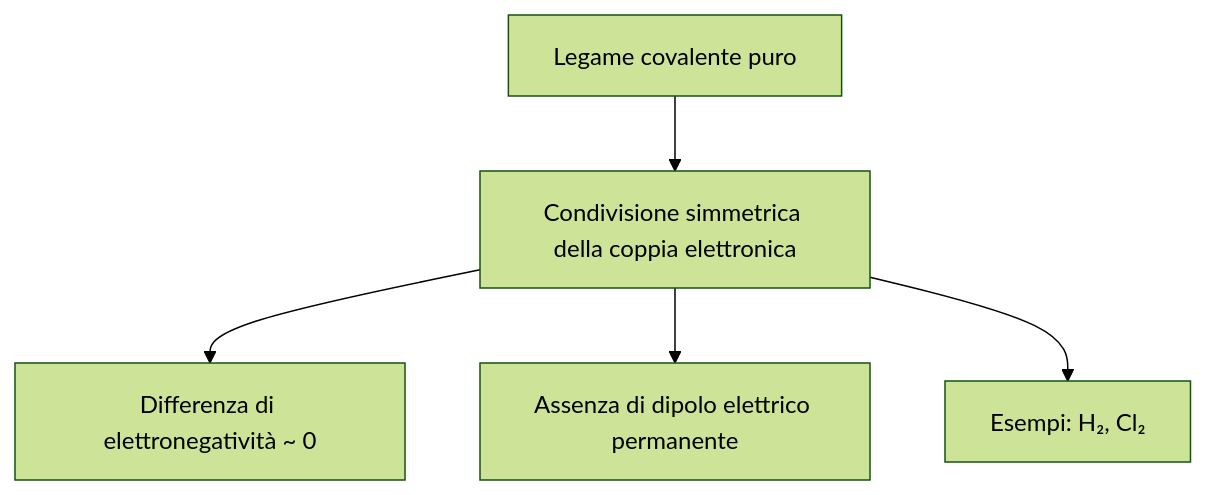
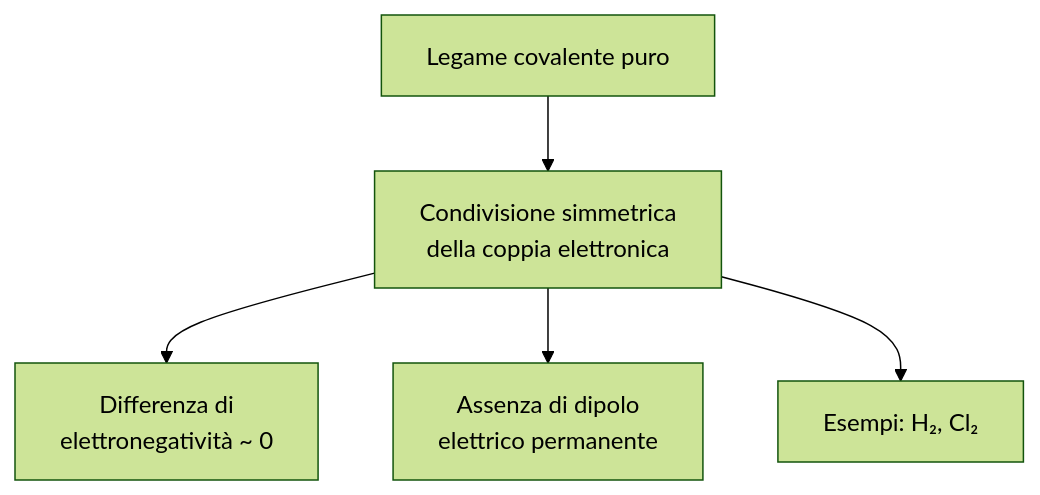
One commit to didattica/CodeCompendium changed the fourth of 8 diagrams in Chimica/05-mappa-concettuale.md. Above: the diagram before and after it, drawn with Mermaid (forest theme). The commit also changed other lines of this file, not shown here.

````diff
--- a/Chimica/05-mappa-concettuale.md
+++ b/Chimica/05-mappa-concettuale.md
@@ -62,7 +62,7 @@
 ```mermaid
 flowchart TD
-    A[Legame covalente puro] --> B[Condivisione simmetrica della coppia elettronica]
-    B --> C[Differenza di elettronegatività ~ 0]
-    B --> D[Assenza di dipolo elettrico permanente]
+    A[Legame covalente puro] --> B[Condivisione simmetrica<br> della coppia elettronica]
+    B --> C[Differenza di <br>elettronegatività ~ 0]
+    B --> D[Assenza di dipolo<br> elettrico permanente]
     B --> E[Esempi: H₂, Cl₂]
 ```
````
